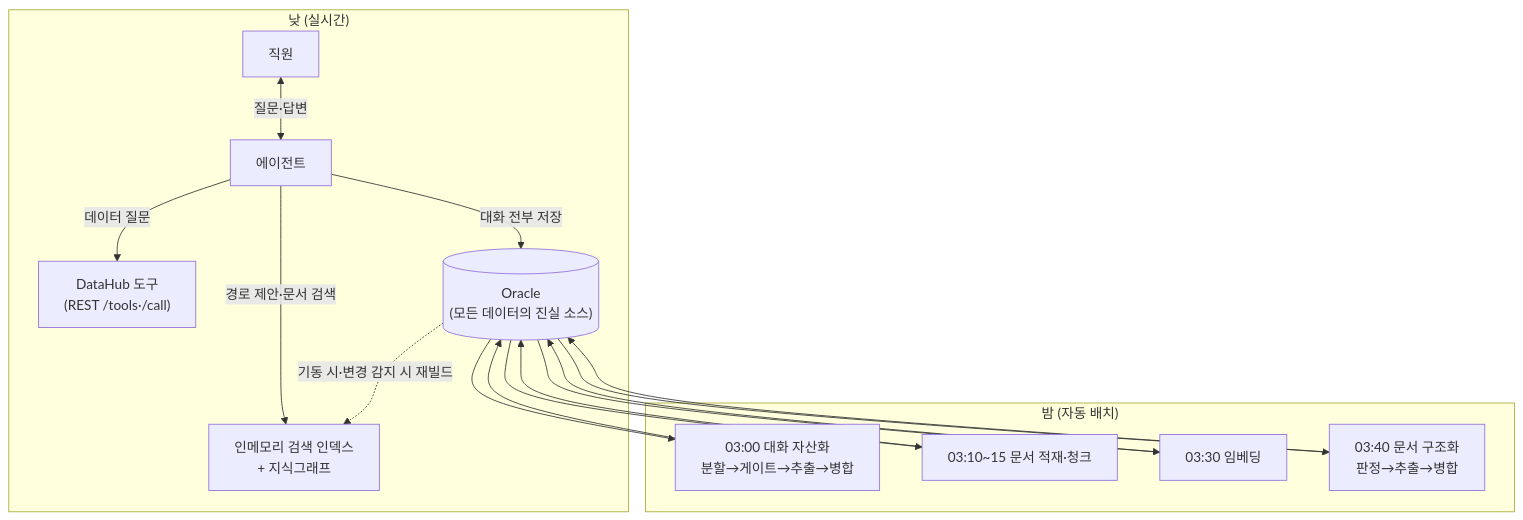
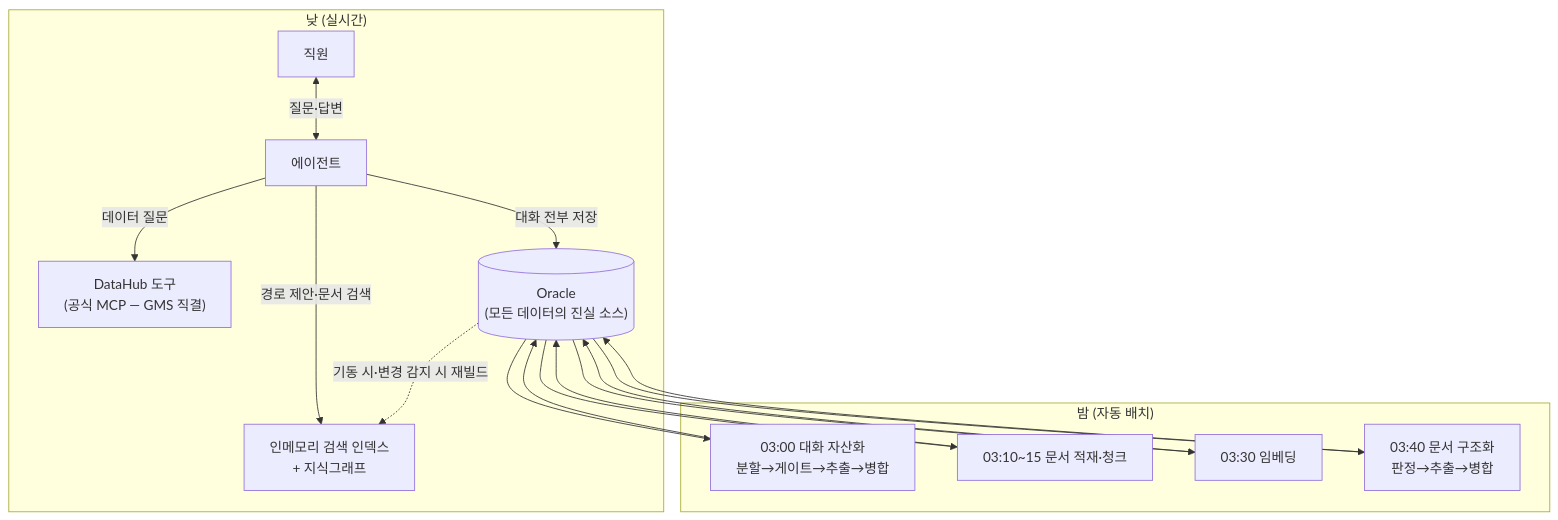
Before and after one commit to catinbox276/graph-search-chat: diagram 11 of 11 in docs/plan.md, drawn with Mermaid. The commit also changed other lines of this file and 1 other file, not shown here.

First line of the commit message:
docs: DataHub 연동 서술을 GMS 직결(공식 MCP)로 갱신 — REST 래핑 가정 폐기

````diff
--- a/docs/plan.md
+++ b/docs/plan.md
@@ -423,17 +418,17 @@
 ```mermaid
 flowchart TB
     subgraph day["낮 (실시간)"]
         U["직원"] <-->|"질문·답변"| AG["에이전트"]
         AG -->|"경로 제안·문서 검색"| IDX["인메모리 검색 인덱스<br/>+ 지식그래프"]
-        AG -->|"데이터 질문"| DH["DataHub 도구<br/>(REST /tools·/call)"]
+        AG -->|"데이터 질문"| DH["DataHub 도구<br/>(공식 MCP — GMS 직결)"]
         AG -->|"대화 전부 저장"| ORA[("Oracle<br/>(모든 데이터의 진실 소스)")]
     end
     subgraph night["밤 (자동 배치)"]
         ORA --> B1["03:00 대화 자산화<br/>분할→게이트→추출→병합"]
         ORA --> B2["03:10~15 문서 적재·청크"]
         ORA --> B3["03:30 임베딩"]
         ORA --> B4["03:40 문서 구조화<br/>판정→추출→병합"]
         B1 & B2 & B3 & B4 --> ORA
     end
     ORA -.->|"기동 시·변경 감지 시 재빌드"| IDX
 ```
````
